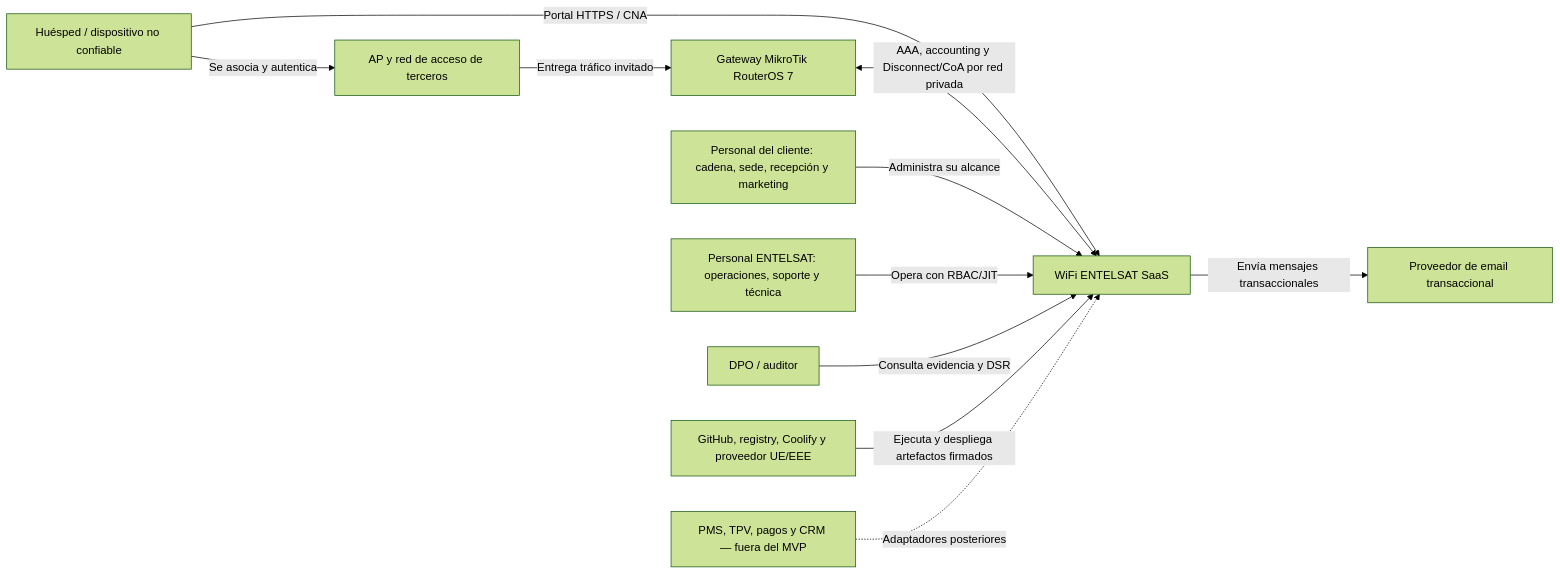
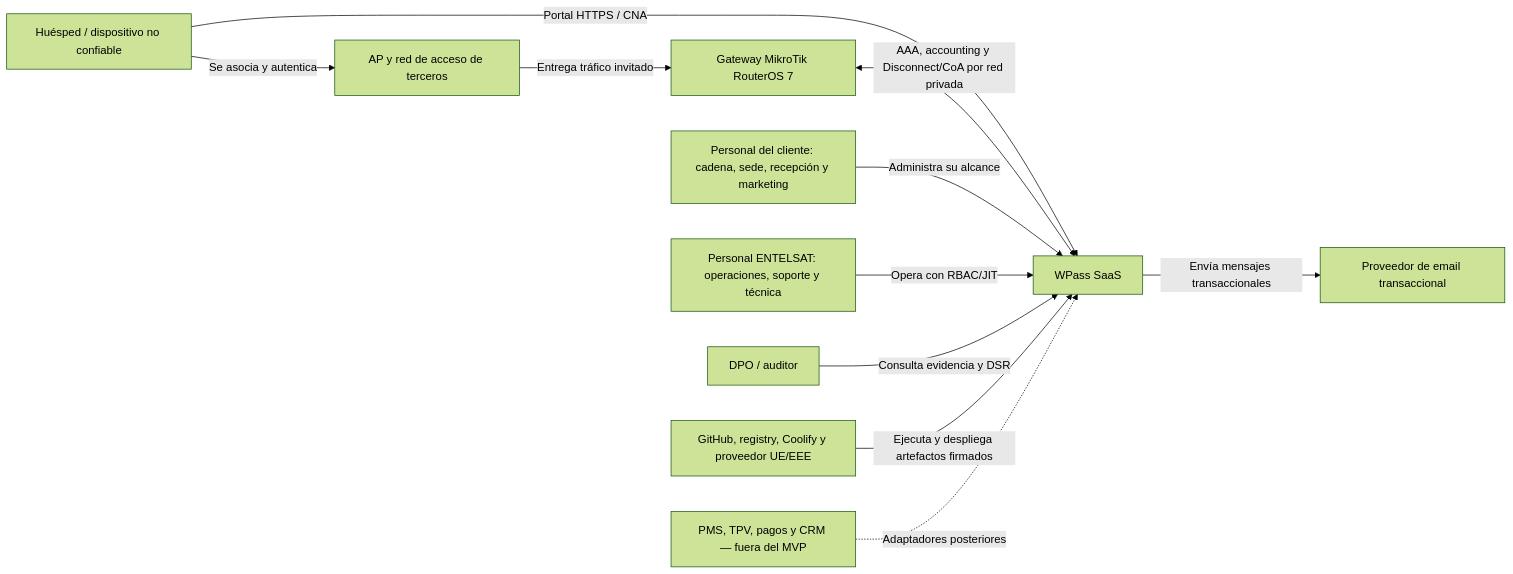
One commit to fjmfernandez/wifi changed the first of 6 diagrams in docs/02-arquitectura-c4.md. Above: the diagram before and after it, drawn with Mermaid (forest theme). The commit also changed other lines of this file and 36 other files, not shown here.

````diff
--- a/docs/02-arquitectura-c4.md
+++ b/docs/02-arquitectura-c4.md
@@ -16,24 +16,24 @@
 ```mermaid
 flowchart LR
     Guest["Huésped / dispositivo no confiable"]
     Customer["Personal del cliente: cadena, sede, recepción y marketing"]
     Entelsat["Personal ENTELSAT: operaciones, soporte y técnica"]
     DPO["DPO / auditor"]
-    System["WiFi ENTELSAT SaaS"]
+    System["WPass SaaS"]
     Router["Gateway MikroTik RouterOS 7"]
     AP["AP y red de acceso de terceros"]
     Mail["Proveedor de email transaccional"]
     Infra["GitHub, registry, Coolify y proveedor UE/EEE"]
     Future["PMS, TPV, pagos y CRM — fuera del MVP"]
 
     Guest -->|"Se asocia y autentica"| AP
     AP -->|"Entrega tráfico invitado"| Router
     Guest -->|"Portal HTTPS / CNA"| System
     Router <-->|"AAA, accounting y Disconnect/CoA por red privada"| System
     Customer -->|"Administra su alcance"| System
     Entelsat -->|"Opera con RBAC/JIT"| System
     DPO -->|"Consulta evidencia y DSR"| System
     System -->|"Envía mensajes transaccionales"| Mail
     Infra -->|"Ejecuta y despliega artefactos firmados"| System
     Future -.->|"Adaptadores posteriores"| System
 ```
````
